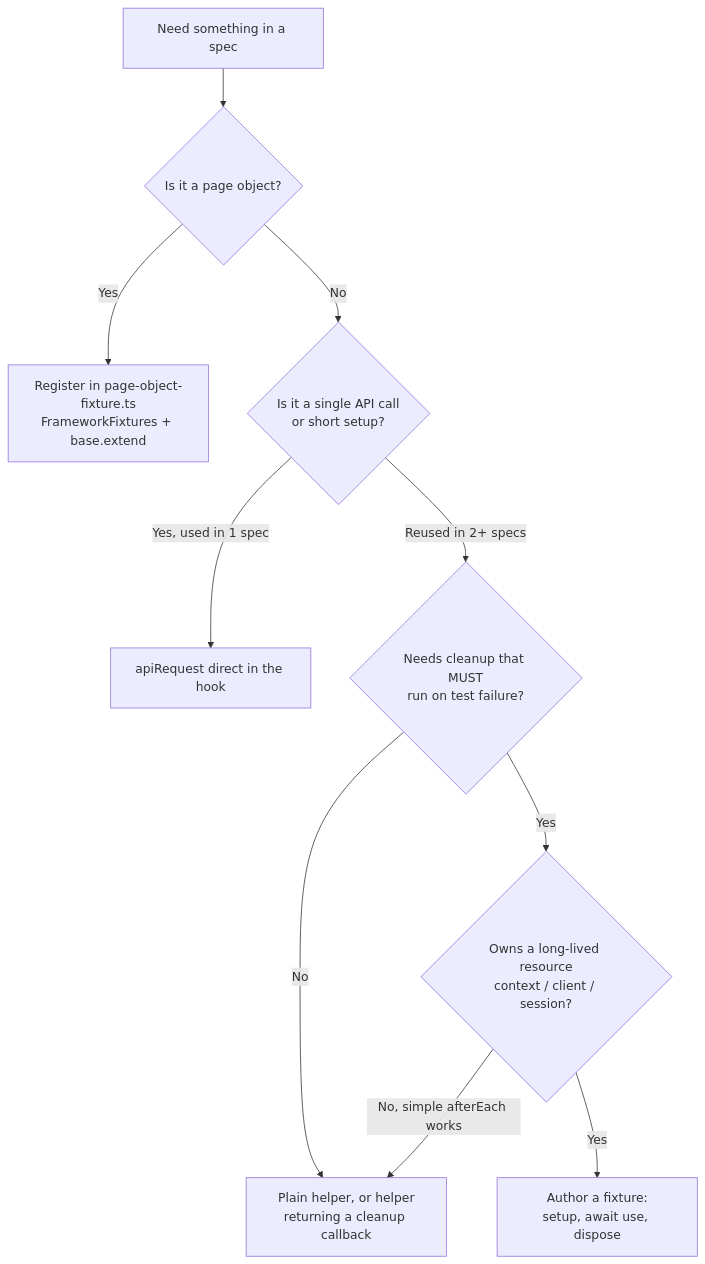
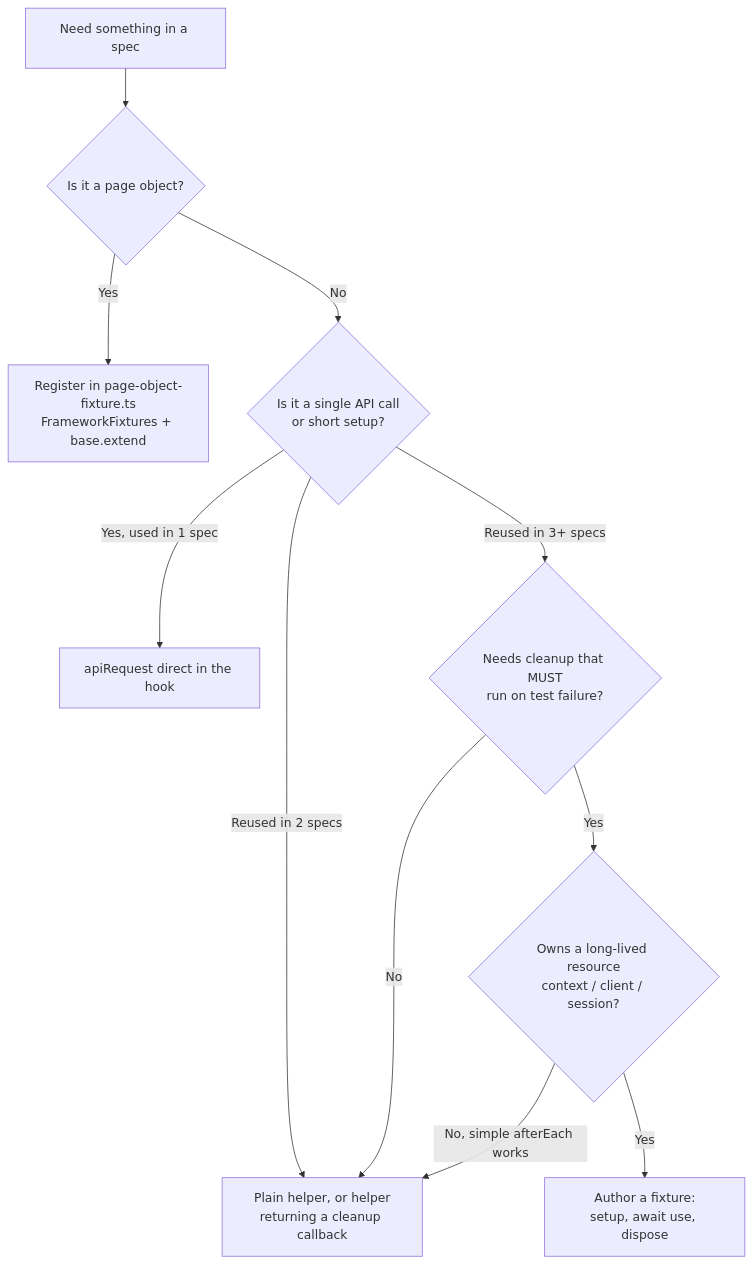
The diagram in .claude/skills/fixtures/SKILL.md (georgikazandzhiev-code/ai-native-qa-toolkit), drawn with Mermaid before and after one commit. The commit also changed other lines of this file and 26 other files, not shown here.

````diff
--- a/.claude/skills/fixtures/SKILL.md
+++ b/.claude/skills/fixtures/SKILL.md
@@ -41,12 +41,13 @@
 ```mermaid
 flowchart TD
     A[Need something in a spec] --> B{Is it a page object?}
     B -->|Yes| POM[Register in page-object-fixture.ts<br/>FrameworkFixtures + base.extend]
     B -->|No| C{Is it a single API call<br/>or short setup?}
     C -->|Yes, used in 1 spec| Inline[apiRequest direct in the hook]
-    C -->|Reused in 2+ specs| D{Needs cleanup that MUST<br/>run on test failure?}
+    C -->|Reused in 2 specs| Helper
+    C -->|Reused in 3+ specs| D{Needs cleanup that MUST<br/>run on test failure?}
     D -->|No| Helper[Plain helper, or helper<br/>returning a cleanup callback]
     D -->|Yes| E{Owns a long-lived resource<br/>context / client / session?}
     E -->|Yes| Fixture[Author a fixture:<br/>setup, await use, dispose]
     E -->|No, simple afterEach works| Helper
 ```
````
